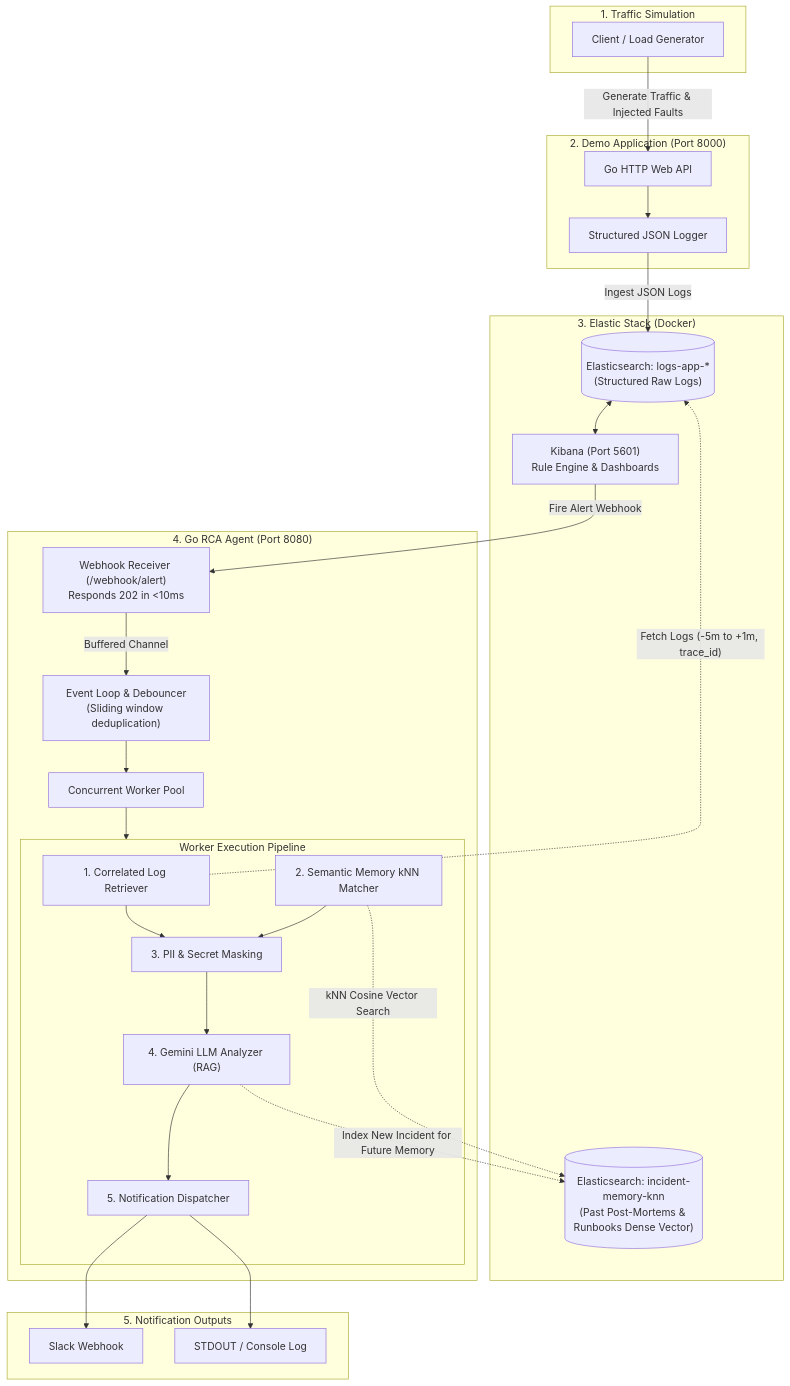
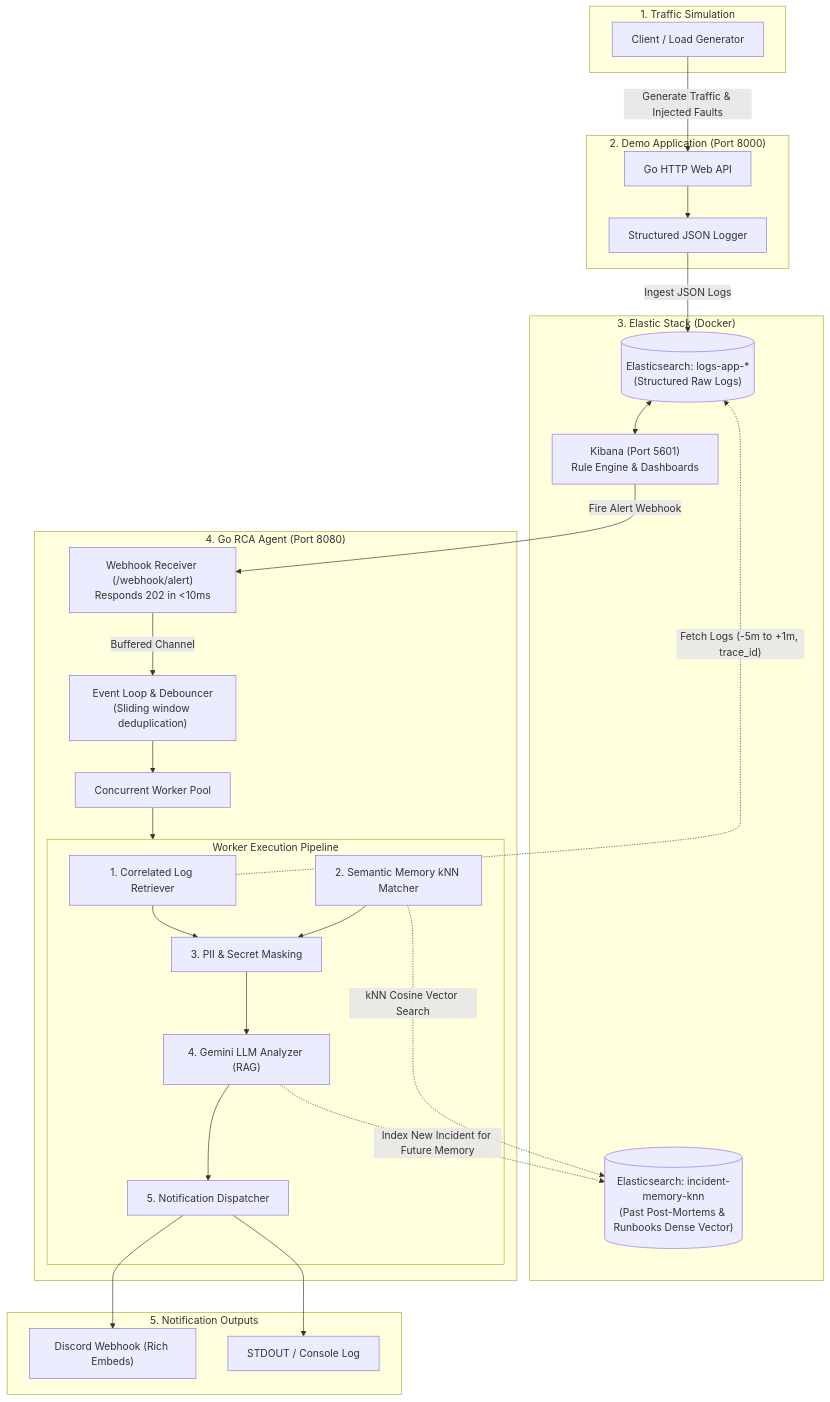
One commit to t-kiattisak/kibana-rca-agent changed the first of 2 diagrams in docs/architecture/system-overview.md. Above: the diagram before and after it, drawn with Mermaid. The commit also changed other lines of this file and 10 other files, not shown here.

````diff
--- a/docs/architecture/system-overview.md
+++ b/docs/architecture/system-overview.md
@@ -6,57 +6,57 @@
 ```mermaid
 flowchart TD
     subgraph Traffic ["1. Traffic Simulation"]
         Client["Client / Load Generator"]
     end
 
     subgraph DemoApp ["2. Demo Application (Port 8000)"]
         App["Go HTTP Web API"]
         Logger["Structured JSON Logger"]
         App --> Logger
     end
 
     subgraph ElasticStack ["3. Elastic Stack (Docker)"]
         ESLogs[("Elasticsearch: logs-app-*<br/>(Structured Raw Logs)")]
         ESVector[("Elasticsearch: incident-memory-knn<br/>(Past Post-Mortems & Runbooks Dense Vector)")]
         Kibana["Kibana (Port 5601)<br/>Rule Engine & Dashboards"]
         ESLogs <--> Kibana
     end
 
     subgraph RCAAgent ["4. Go RCA Agent (Port 8080)"]
         WHReceiver["Webhook Receiver (/webhook/alert)<br/>Responds 202 in <10ms"]
         EventLoop["Event Loop & Debouncer<br/>(Sliding window deduplication)"]
         WorkerPool["Concurrent Worker Pool"]
         
         WHReceiver -->|Buffered Channel| EventLoop
         EventLoop --> WorkerPool
 
         subgraph WorkerPipeline ["Worker Execution Pipeline"]
             ESFetcher["1. Correlated Log Retriever"]
             VectorMatcher["2. Semantic Memory kNN Matcher"]
             Sanitizer["3. PII & Secret Masking"]
             LLM["4. Gemini LLM Analyzer (RAG)"]
             Dispatcher["5. Notification Dispatcher"]
 
             ESFetcher --> Sanitizer
             VectorMatcher --> Sanitizer
             Sanitizer --> LLM
             LLM --> Dispatcher
         end
 
         WorkerPool --> WorkerPipeline
     end
 
     subgraph Channels ["5. Notification Outputs"]
-        Slack["Slack Webhook"]
+        Discord["Discord Webhook (Rich Embeds)"]
         Console["STDOUT / Console Log"]
     end
 
     Client -->|Generate Traffic & Injected Faults| App
     Logger -->|Ingest JSON Logs| ESLogs
     Kibana -->|Fire Alert Webhook| WHReceiver
     ESFetcher -.->|"Fetch Logs (-5m to +1m, trace_id)"| ESLogs
     VectorMatcher -.->|kNN Cosine Vector Search| ESVector
     LLM -.->|Index New Incident for Future Memory| ESVector
-    Dispatcher --> Slack
+    Dispatcher --> Discord
     Dispatcher --> Console
 ```
````
